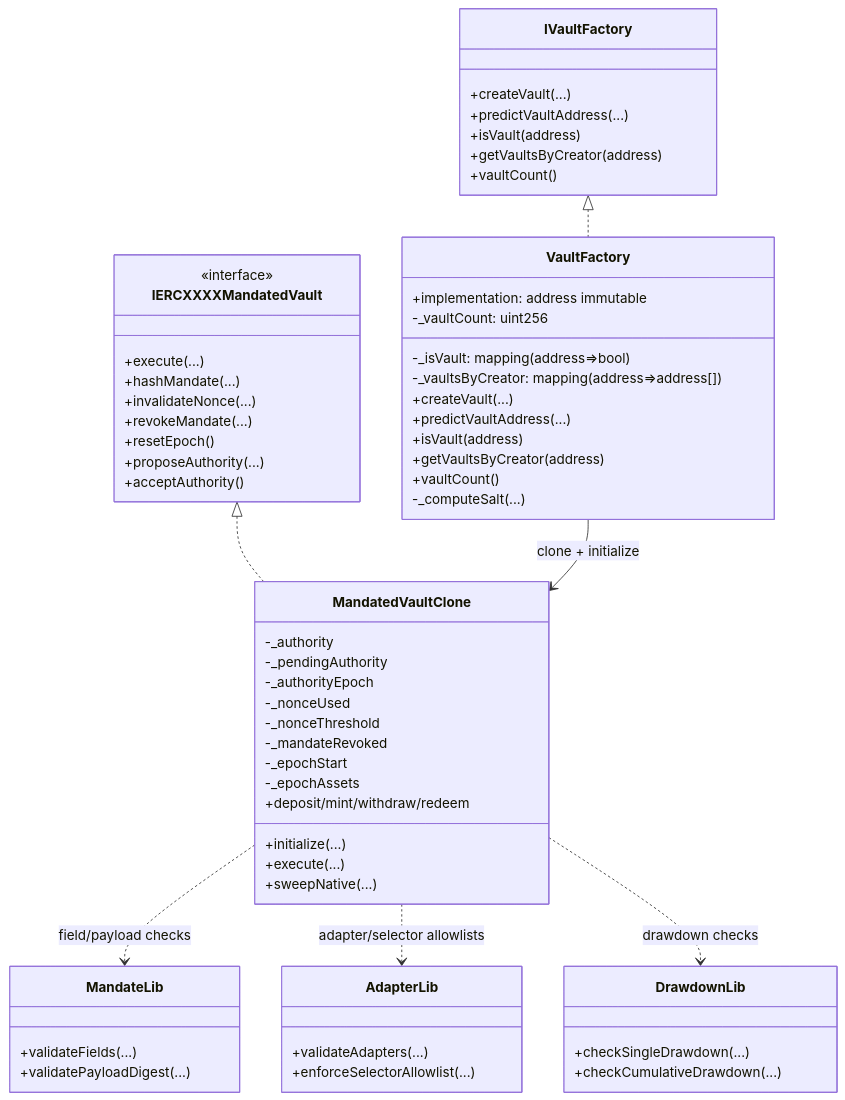
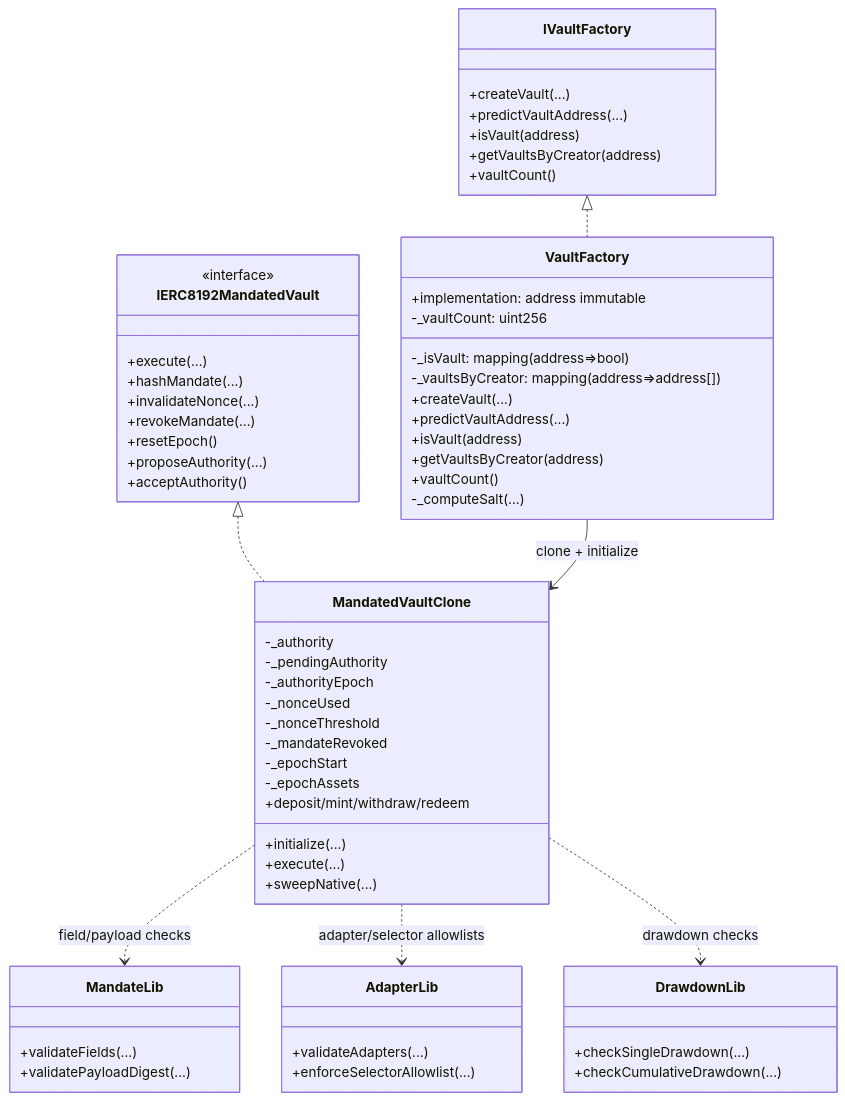
Before and after one commit to tabilabs/mandated-vault-factory: the second of 3 diagrams in docs/architecture.md, drawn with Mermaid. The commit also changed other lines of this file and 25 other files, not shown here.

````diff
--- a/docs/architecture.md
+++ b/docs/architecture.md
@@ -38,71 +38,71 @@
 ```mermaid
 classDiagram
     class IVaultFactory {
       +createVault(...)
       +predictVaultAddress(...)
       +isVault(address)
       +getVaultsByCreator(address)
       +vaultCount()
     }
 
     class VaultFactory {
       +implementation: address immutable
       -_vaultCount: uint256
       -_isVault: mapping(address=>bool)
       -_vaultsByCreator: mapping(address=>address[])
       +createVault(...)
       +predictVaultAddress(...)
       +isVault(address)
       +getVaultsByCreator(address)
       +vaultCount()
       -_computeSalt(...)
     }
 
-    class IERCXXXXMandatedVault {
+    class IERC8192MandatedVault {
       <<interface>>
       +execute(...)
       +hashMandate(...)
       +invalidateNonce(...)
       +revokeMandate(...)
       +resetEpoch()
       +proposeAuthority(...)
       +acceptAuthority()
     }
 
     class MandatedVaultClone {
       -_authority
       -_pendingAuthority
       -_authorityEpoch
       -_nonceUsed
       -_nonceThreshold
       -_mandateRevoked
       -_epochStart
       -_epochAssets
       +initialize(...)
       +execute(...)
       +deposit/mint/withdraw/redeem
       +sweepNative(...)
     }
 
     class MandateLib {
       +validateFields(...)
       +validatePayloadDigest(...)
     }
 
     class AdapterLib {
       +validateAdapters(...)
       +enforceSelectorAllowlist(...)
     }
 
     class DrawdownLib {
       +checkSingleDrawdown(...)
       +checkCumulativeDrawdown(...)
     }
 
     IVaultFactory <|.. VaultFactory
-    IERCXXXXMandatedVault <|.. MandatedVaultClone
+    IERC8192MandatedVault <|.. MandatedVaultClone
     VaultFactory --> MandatedVaultClone : clone + initialize
     MandatedVaultClone ..> MandateLib : field/payload checks
     MandatedVaultClone ..> AdapterLib : adapter/selector allowlists
     MandatedVaultClone ..> DrawdownLib : drawdown checks
 ```
````
